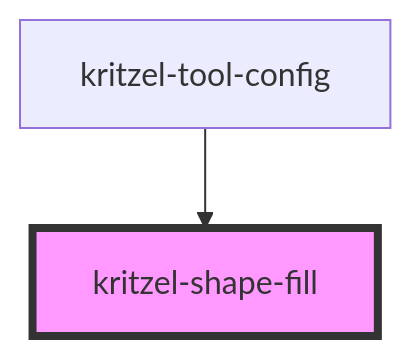
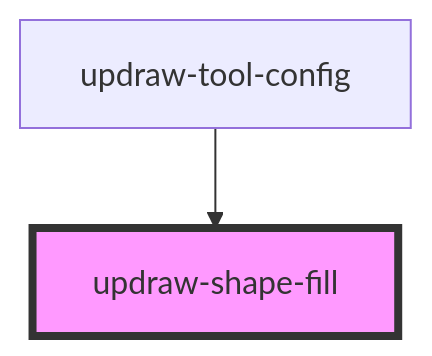
Before and after one commit to kasual1/kritzel: the diagram in libs/editor/core/src/components/updraw-shape-fill/readme.md, drawn with Mermaid. The commit also changed other lines of this file and 1129 other files, not shown here.

First line of the commit message:
Replace kritzel with updraw across the codebase

````diff
--- a/libs/editor/core/src/components/updraw-shape-fill/readme.md
+++ b/libs/editor/core/src/components/updraw-shape-fill/readme.md
@@ -29,5 +29,5 @@
 ```mermaid
 graph TD;
-  kritzel-tool-config --> kritzel-shape-fill
-  style kritzel-shape-fill fill:#f9f,stroke:#333,stroke-width:4px
+  updraw-tool-config --> updraw-shape-fill
+  style updraw-shape-fill fill:#f9f,stroke:#333,stroke-width:4px
 ```
````
